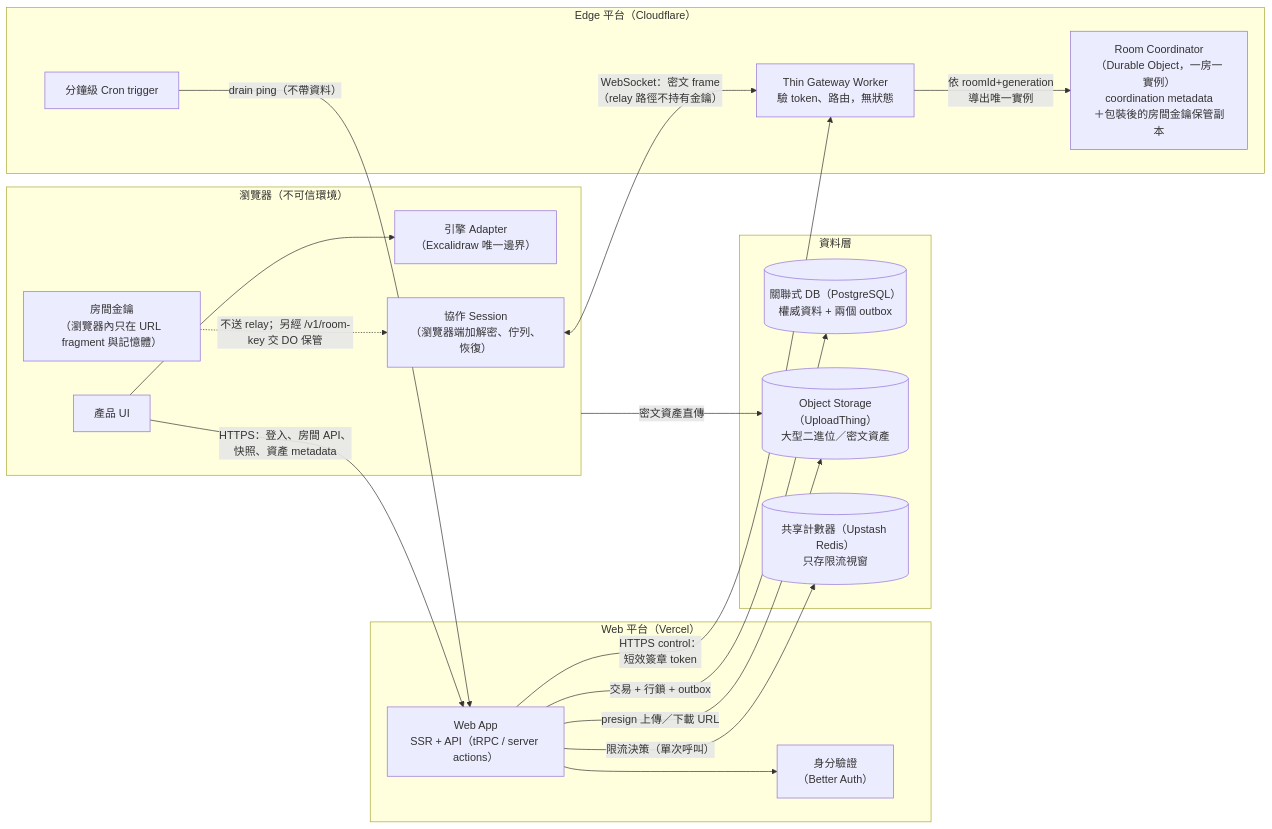
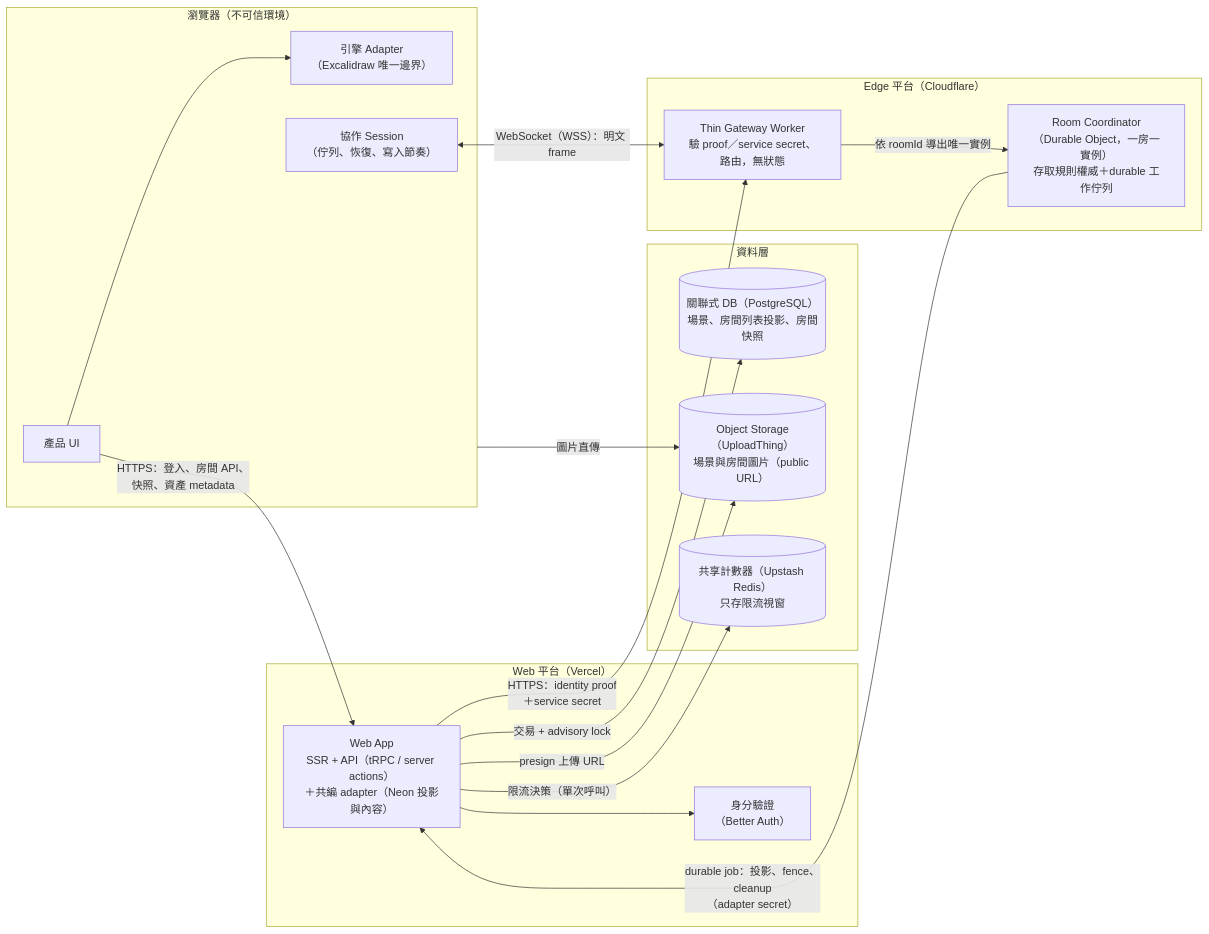
The first of 2 diagrams in docs/system-design/system-overview.md (EricTsai83/drawstuff), drawn with Mermaid before and after one commit. The commit also changed other lines of this file and 48 other files, not shown here.

````diff
--- a/docs/system-design/system-overview.md
+++ b/docs/system-design/system-overview.md
@@ -9,40 +9,36 @@
 ```mermaid
 flowchart LR
     subgraph Browser["瀏覽器（不可信環境）"]
         UI["產品 UI"]
         Adapter["引擎 Adapter<br/>（Excalidraw 唯一邊界）"]
-        Session["協作 Session<br/>（瀏覽器端加解密、佇列、恢復）"]
-        Key["房間金鑰<br/>（瀏覽器內只在 URL fragment 與記憶體）"]
+        Session["協作 Session<br/>（佇列、恢復、寫入節奏）"]
     end
 
     subgraph WebPlatform["Web 平台（Vercel）"]
-        Web["Web App<br/>SSR + API（tRPC / server actions）"]
+        Web["Web App<br/>SSR + API（tRPC / server actions）<br/>＋共編 adapter（Neon 投影與內容）"]
         Auth["身分驗證<br/>（Better Auth）"]
     end
 
     subgraph DataLayer["資料層"]
-        PG[("關聯式 DB（PostgreSQL）<br/>權威資料 + 兩個 outbox")]
-        OS[("Object Storage（UploadThing）<br/>大型二進位／密文資產")]
+        PG[("關聯式 DB（PostgreSQL）<br/>場景、房間列表投影、房間快照")]
+        OS[("Object Storage（UploadThing）<br/>場景與房間圖片（public URL）")]
         Redis[("共享計數器（Upstash Redis）<br/>只存限流視窗")]
     end
 
     subgraph EdgePlatform["Edge 平台（Cloudflare）"]
-        GW["Thin Gateway Worker<br/>驗 token、路由，無狀態"]
-        DO["Room Coordinator<br/>（Durable Object，一房一實例）<br/>coordination metadata<br/>＋包裝後的房間金鑰保管副本"]
-        Cron["分鐘級 Cron trigger"]
+        GW["Thin Gateway Worker<br/>驗 proof／service secret、路由，無狀態"]
+        DO["Room Coordinator<br/>（Durable Object，一房一實例）<br/>存取規則權威＋durable 工作佇列"]
     end
 
     UI --> Adapter
     UI -->|"HTTPS：登入、房間 API、<br/>快照、資產 metadata"| Web
     Web --> Auth
-    Web -->|"交易 + 行鎖 + outbox"| PG
-    Web -->|"presign 上傳／下載 URL"| OS
+    Web -->|"交易 + advisory lock"| PG
+    Web -->|"presign 上傳 URL"| OS
     Web -->|"限流決策（單次呼叫）"| Redis
-    Session <-->|"WebSocket：密文 frame<br/>（relay 路徑不持有金鑰）"| GW
-    GW -->|"依 roomId+generation<br/>導出唯一實例"| DO
-    Web -->|"HTTPS control：<br/>短效簽章 token"| GW
-    Cron -->|"drain ping（不帶資料）"| Web
-    Browser -->|"密文資產直傳"| OS
-
-    Key -. "不送 relay；另經 /v1/room-key 交 DO 保管" .-> Session
+    Session <-->|"WebSocket（WSS）：明文 frame"| GW
+    GW -->|"依 roomId 導出唯一實例"| DO
+    Web -->|"HTTPS：identity proof<br/>＋service secret"| GW
+    DO -->|"durable job：投影、fence、cleanup<br/>（adapter secret）"| Web
+    Browser -->|"圖片直傳"| OS
 ```
````
